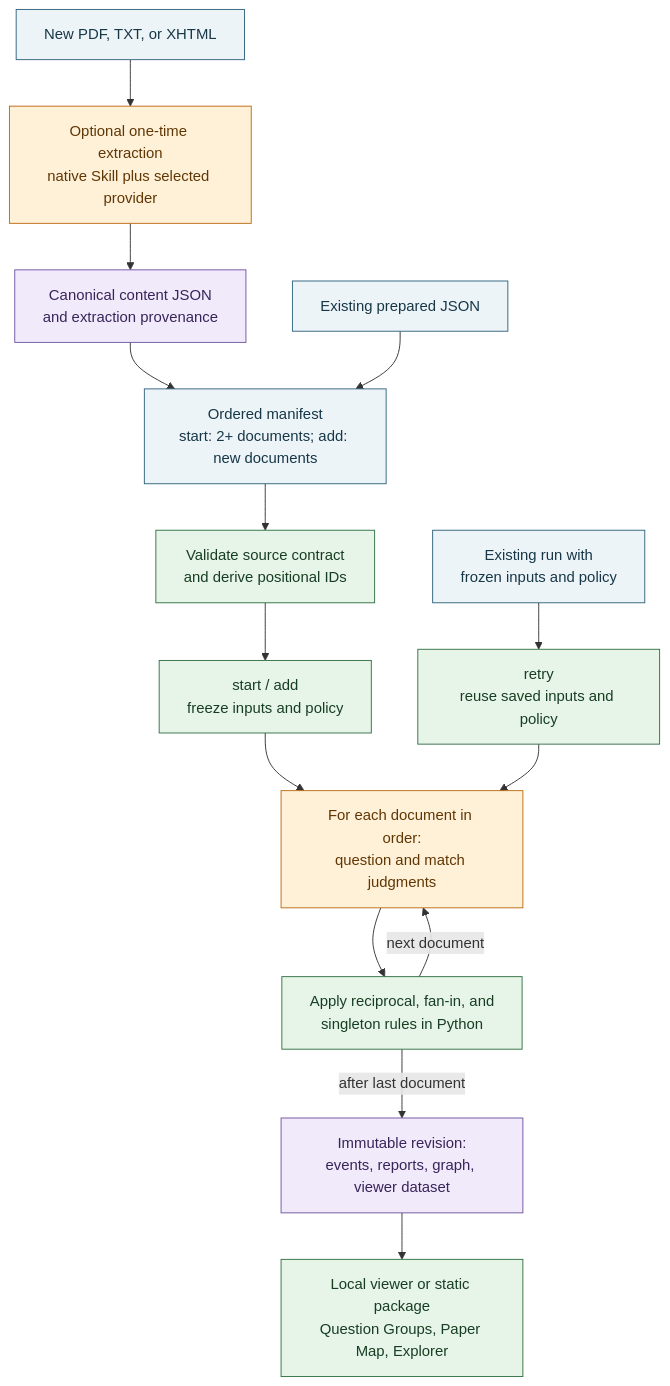
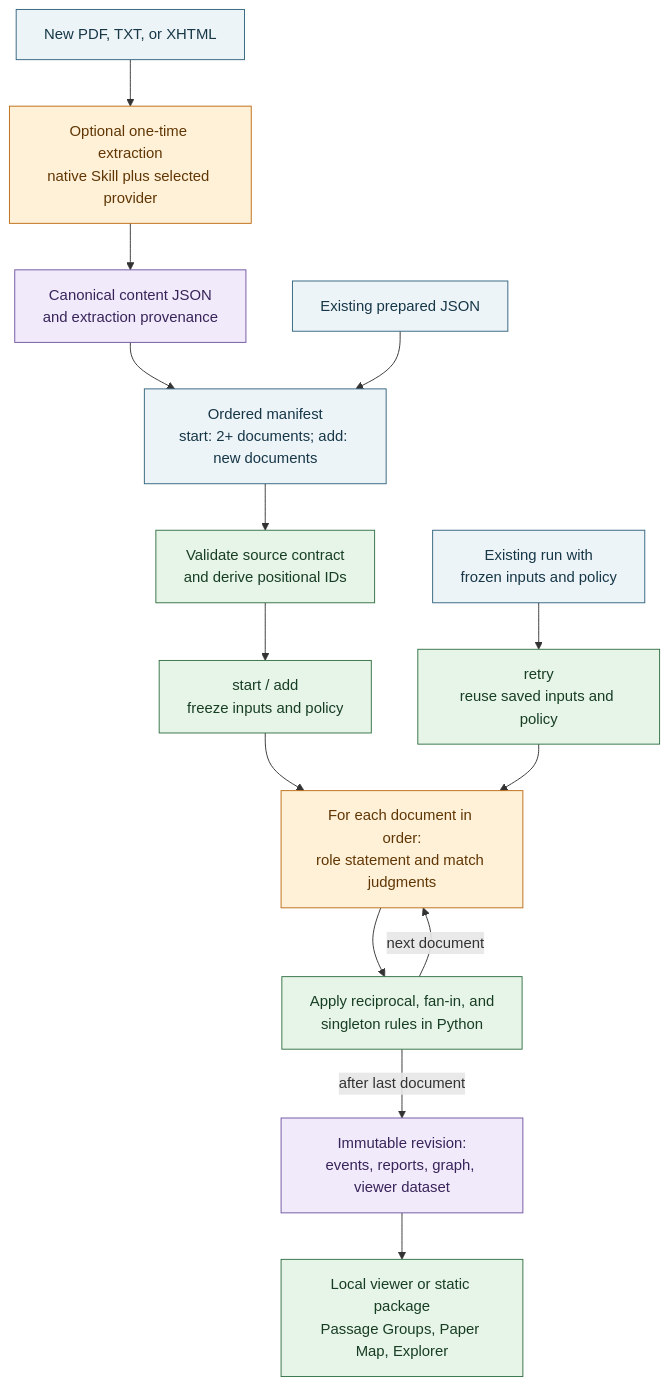
The first of 2 diagrams in PIPELINE_FLOW.md (GraceGSy/SME-prototype), drawn with Mermaid before and after one commit. The commit also changed other lines of this file and 112 other files, not shown here.

Commit message:
Question statement to role statement

````diff
--- a/PIPELINE_FLOW.md
+++ b/PIPELINE_FLOW.md
@@ -30,28 +30,28 @@
 ```mermaid
 flowchart TD
     Raw["New PDF, TXT, or XHTML"]:::input
     Extract["Optional one-time extraction<br/>native Skill plus selected provider"]:::model
     Content["Canonical content JSON<br/>and extraction provenance"]:::artifact
     Prepared["Existing prepared JSON"]:::input
     Manifest["Ordered manifest<br/>start: 2+ documents; add: new documents"]:::input
     Validate["Validate source contract<br/>and derive positional IDs"]:::det
     Start["start / add<br/>freeze inputs and policy"]:::det
     Saved["Existing run with<br/>frozen inputs and policy"]:::input
     Retry["retry<br/>reuse saved inputs and policy"]:::det
-    Judge["For each document in order:<br/>question and match judgments"]:::model
+    Judge["For each document in order:<br/>role statement and match judgments"]:::model
     Graph["Apply reciprocal, fan-in, and<br/>singleton rules in Python"]:::det
     Outputs["Immutable revision:<br/>events, reports, graph, viewer dataset"]:::artifact
-    Viewer["Local viewer or static package<br/>Question Groups, Paper Map, Explorer"]:::det
+    Viewer["Local viewer or static package<br/>Passage Groups, Paper Map, Explorer"]:::det
 
     Raw --> Extract --> Content --> Manifest
     Prepared --> Manifest
     Manifest --> Validate --> Start --> Judge --> Graph
     Saved --> Retry --> Judge
     Graph -->|next document| Judge
     Graph -->|after last document| Outputs --> Viewer
 
     classDef input fill:#edf4f8,stroke:#30637d,color:#173747;
     classDef model fill:#fff0d8,stroke:#bc6c13,color:#603704;
     classDef det fill:#e7f4e8,stroke:#327144,color:#173e23;
     classDef artifact fill:#f1eafb,stroke:#7054a0,color:#382459;
 ```
````
